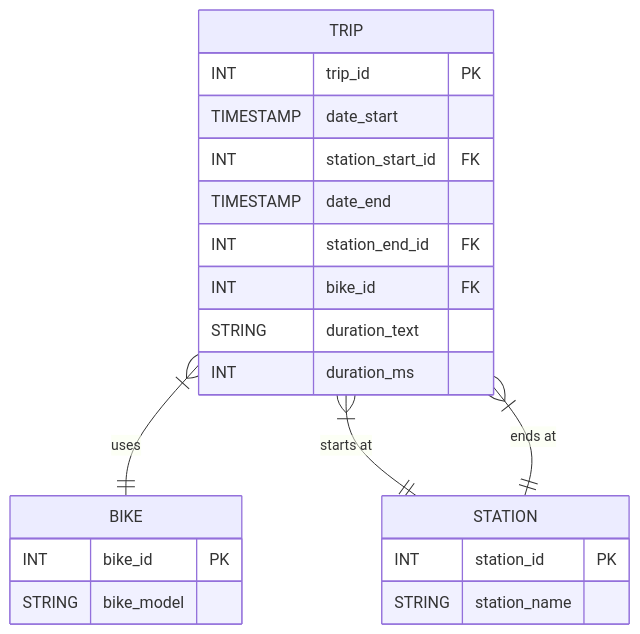
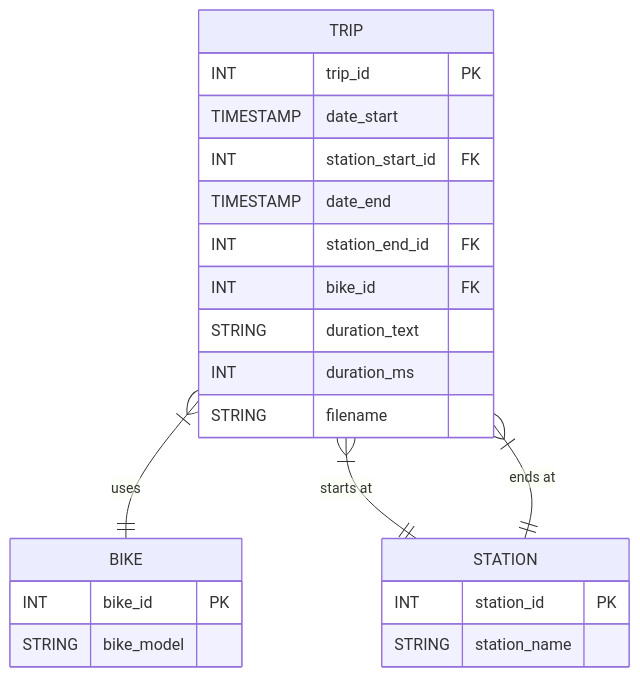
One commit to nico-or/data_london_bikes changed the diagram in plots/01_er.mmd. Above: the diagram before and after it, drawn with Mermaid. The commit also changed 6 other files, not shown here.

```diff
--- a/plots/01_er.mmd
+++ b/plots/01_er.mmd
@@ -1,26 +1,27 @@
 ---
 config:
   theme: "default"
 ---
 erDiagram
     TRIP }|--|| BIKE : uses
     TRIP }|--|| STATION : "starts at"
     TRIP }|--|| STATION : "ends at"
     TRIP {
         INT trip_id PK
         TIMESTAMP date_start
         INT station_start_id FK
         TIMESTAMP date_end
         INT station_end_id FK
         INT bike_id FK
         STRING duration_text
         INT duration_ms
+        STRING filename
     }
     STATION {
         INT station_id PK
         STRING station_name
     }
     BIKE {
         INT bike_id PK
         STRING bike_model
     }
```
